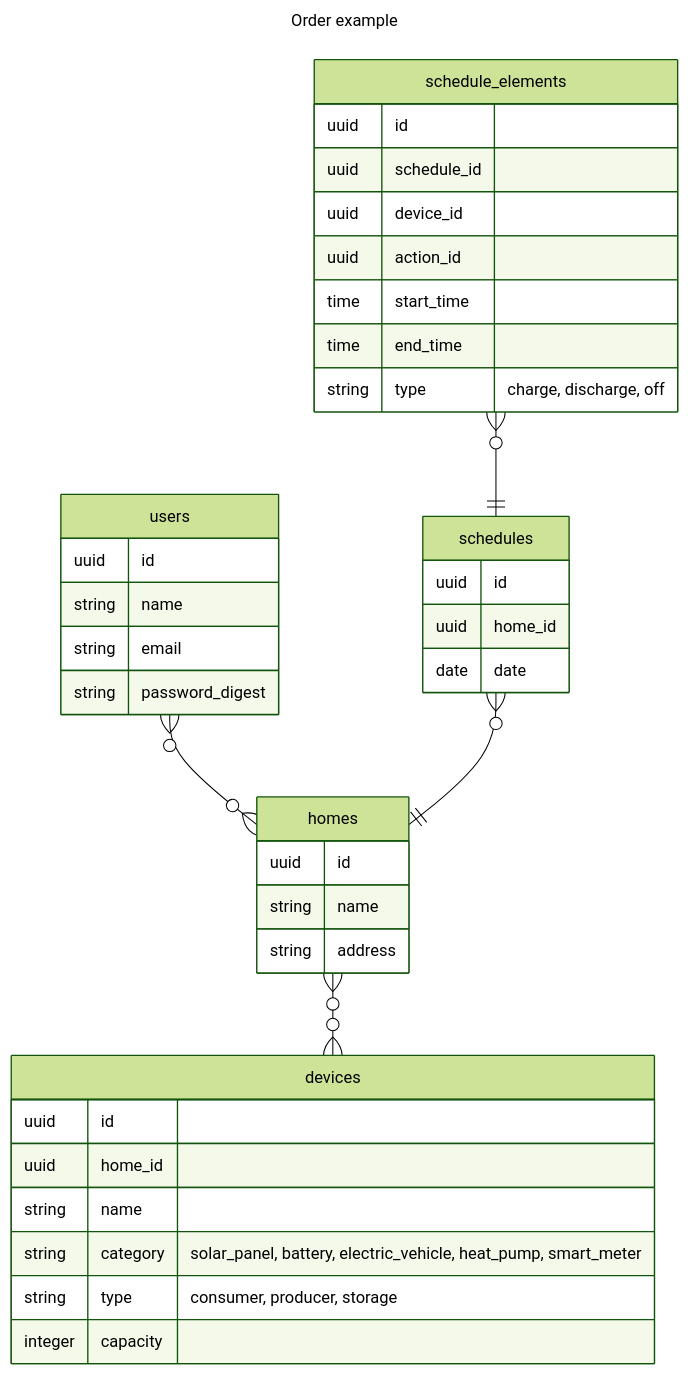
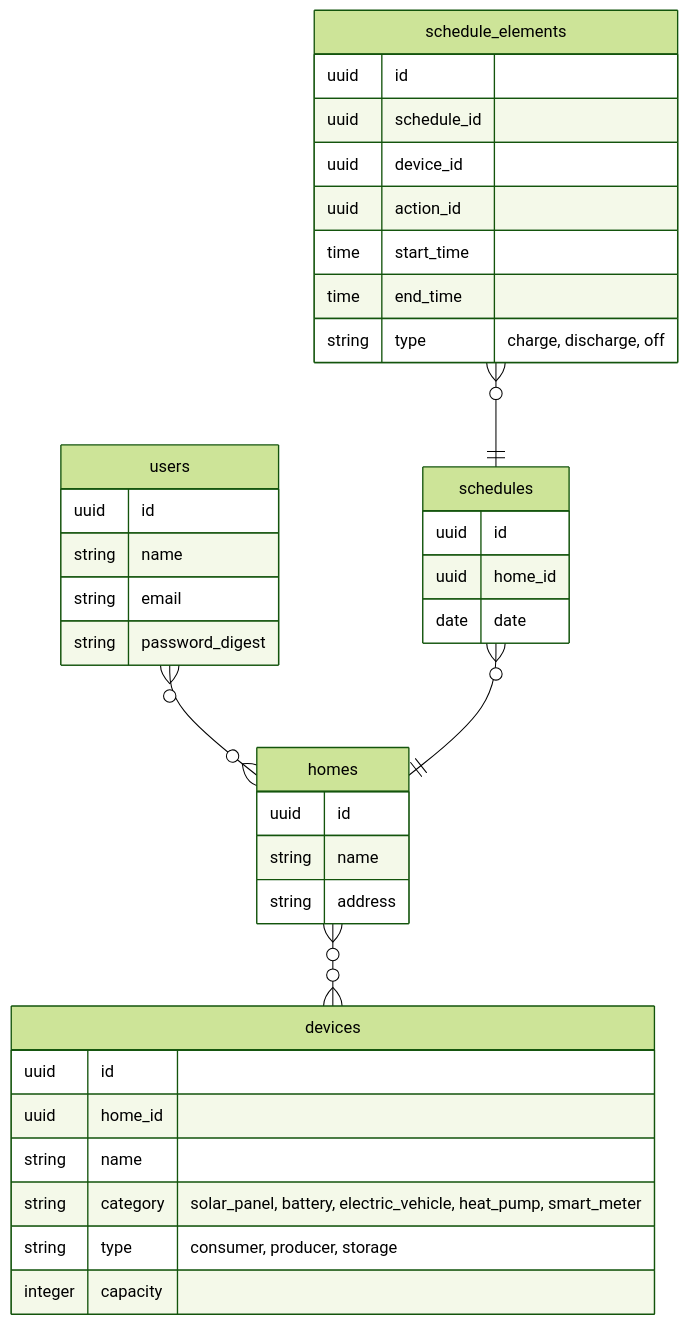
The diagram in ERD.md (floriandejonckheere/zapp), drawn with Mermaid (forest theme) before and after one commit.

Commit message:
Remove title

````diff
--- a/ERD.md
+++ b/ERD.md
@@ -3,51 +3,48 @@
 ```mermaid
----
-title: Order example
----
 erDiagram
     users {
         uuid id
         string name
         string email
         string password_digest
     }
 
     users }o--o{ homes: ""
 
     homes {
         uuid id
         string name
         string address
     }
 
     homes }o--o{ devices: ""
 
     devices {
         uuid id
         uuid home_id
         string name
         string category "solar_panel, battery, electric_vehicle, heat_pump, smart_meter"
         string type "consumer, producer, storage"
         integer capacity
     }
 
     schedules {
         uuid id
         uuid home_id
         date date
     }
 
     schedules }o--|| homes: ""
 
     schedule_elements {
         uuid id
         uuid schedule_id
         uuid device_id
         uuid action_id
         time start_time
         time end_time
         string type "charge, discharge, off"
     }
 
     schedule_elements }o--|| schedules: ""
 ```
````
